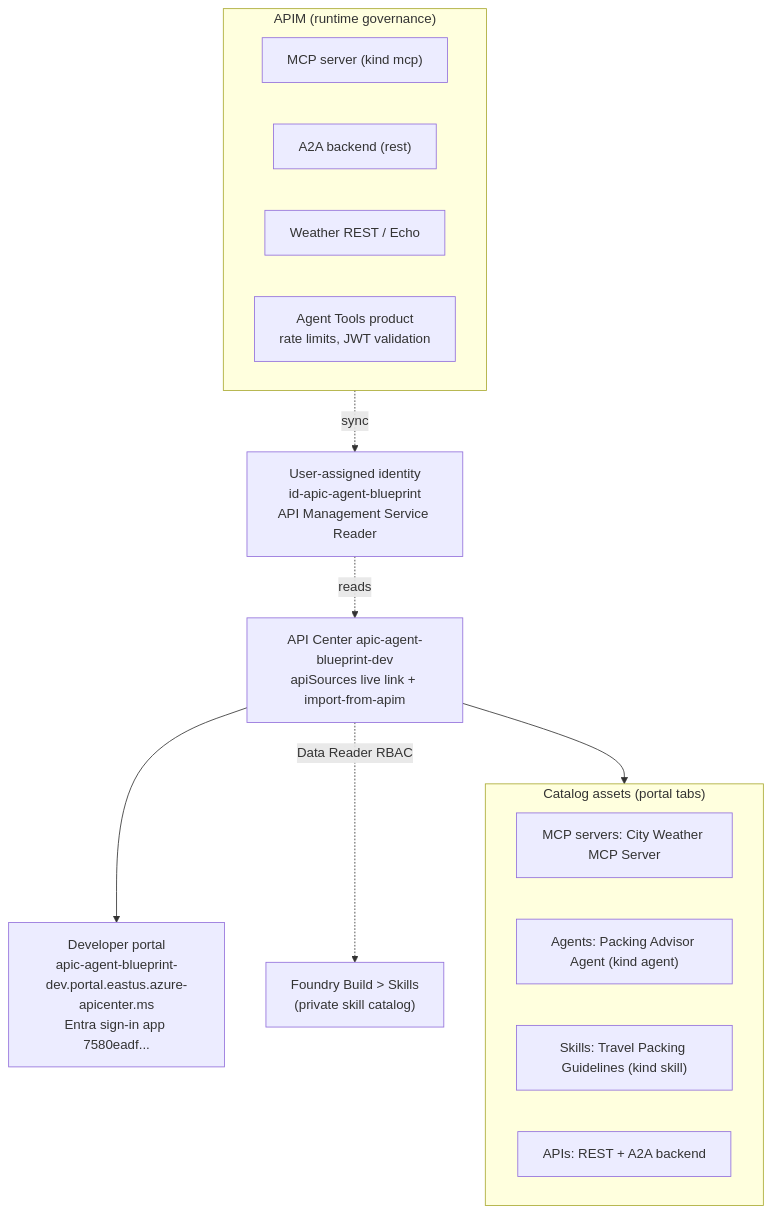
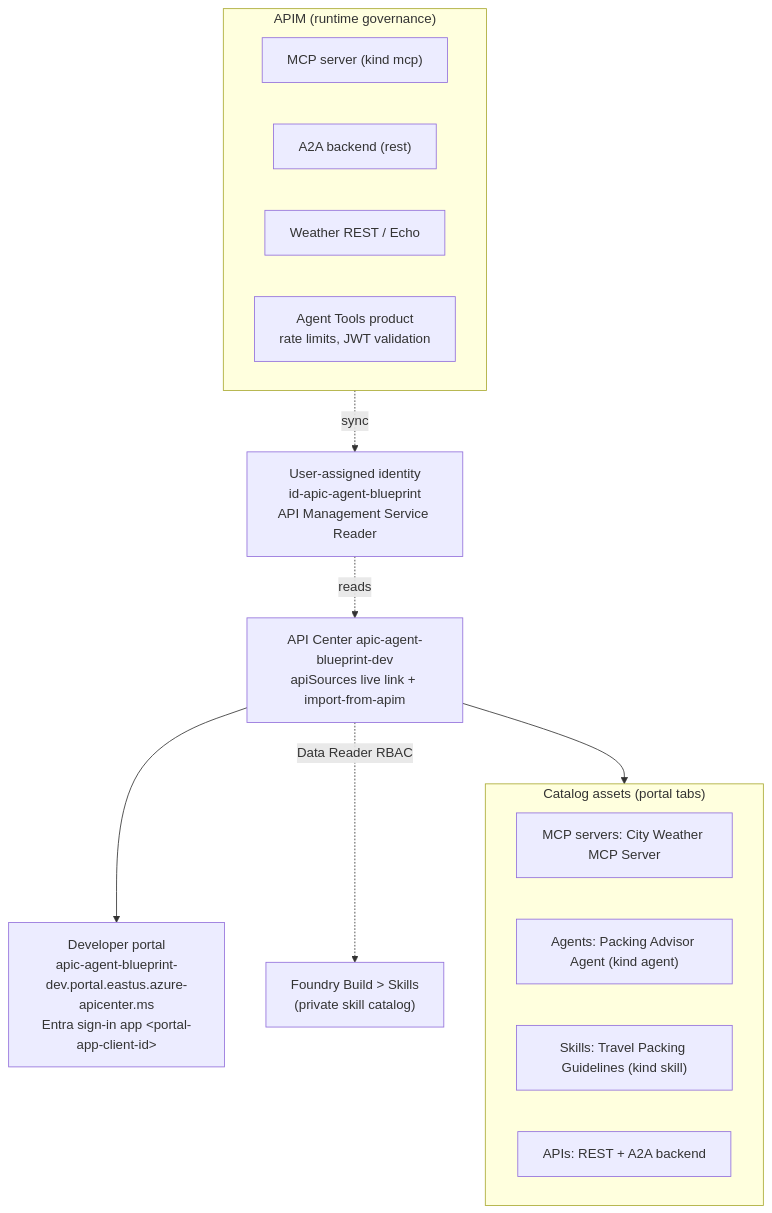
Before and after one commit to nairsanjeev/agentic-ai-enterprise-blueprint: the fourth of 4 diagrams in chapters/04a-architecture-overview.md, drawn with Mermaid. The commit also changed other lines of this file and 15 other files, not shown here.

````diff
--- a/chapters/04a-architecture-overview.md
+++ b/chapters/04a-architecture-overview.md
@@ -180,28 +180,28 @@
 ```mermaid
 flowchart TB
     subgraph apimBox["APIM (runtime governance)"]
         mcpApi["MCP server (kind mcp)"]
         a2aApi["A2A backend (rest)"]
         restApi["Weather REST / Echo"]
         prod["Agent Tools product<br/>rate limits, JWT validation"]
     end
 
     uami["User-assigned identity<br/>id-apic-agent-blueprint<br/>API Management Service Reader"]
     apic["API Center apic-agent-blueprint-dev<br/>apiSources live link + import-from-apim"]
 
     subgraph assets["Catalog assets (portal tabs)"]
         aMcp["MCP servers: City Weather MCP Server"]
         aAgent["Agents: Packing Advisor Agent (kind agent)"]
         aSkill["Skills: Travel Packing Guidelines (kind skill)"]
         aApi["APIs: REST + A2A backend"]
     end
 
-    portal["Developer portal<br/>apic-agent-blueprint-dev.portal.eastus.azure-apicenter.ms<br/>Entra sign-in app 7580eadf..."]
+    portal["Developer portal<br/>apic-agent-blueprint-dev.portal.eastus.azure-apicenter.ms<br/>Entra sign-in app &lt;portal-app-client-id&gt;"]
     foundrySkills["Foundry Build > Skills<br/>(private skill catalog)"]
 
     apimBox -. sync .-> uami
     uami -. reads .-> apic
     apic --> assets
     apic --> portal
     apic -. Data Reader RBAC .-> foundrySkills
 ```
````
